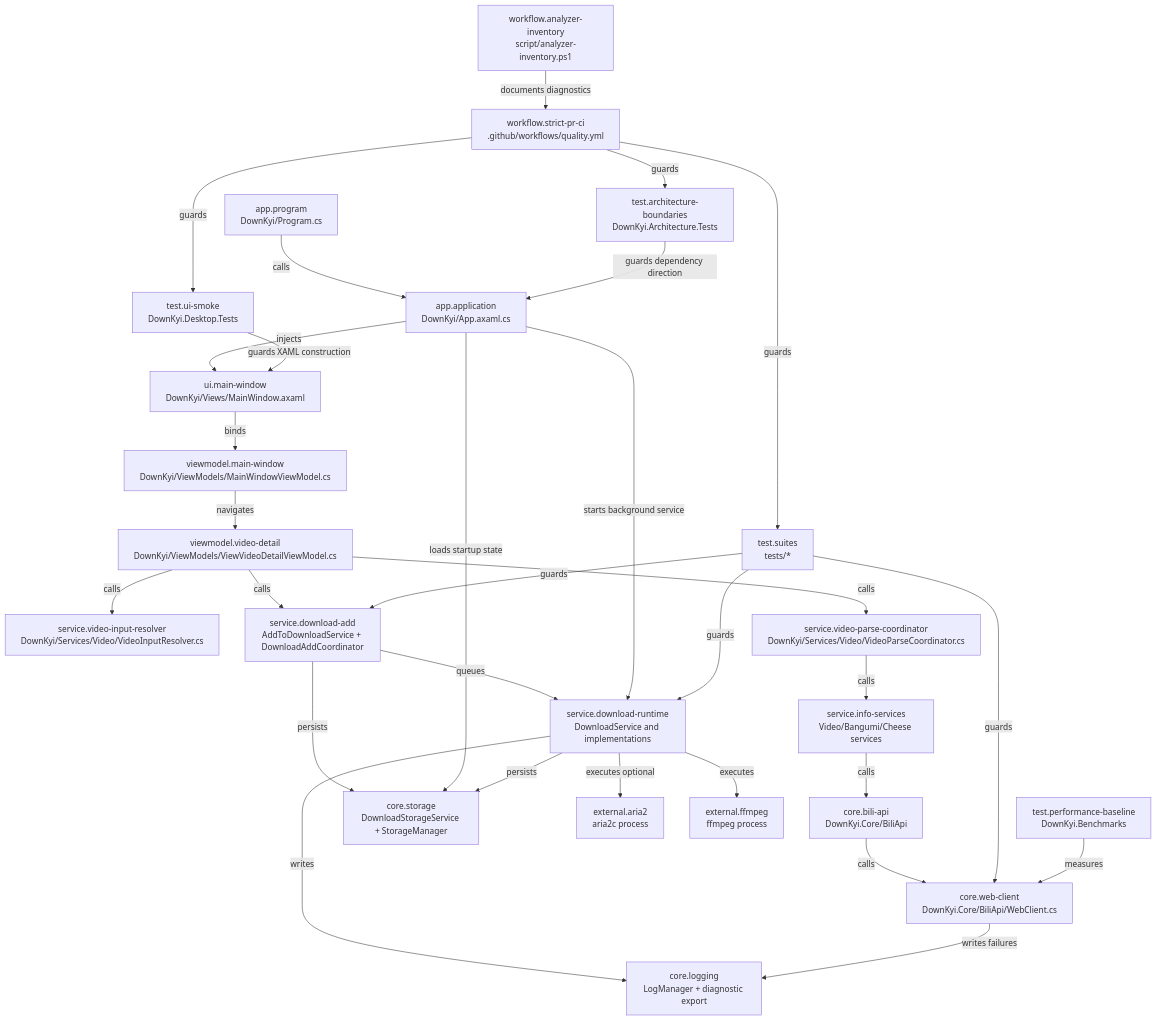
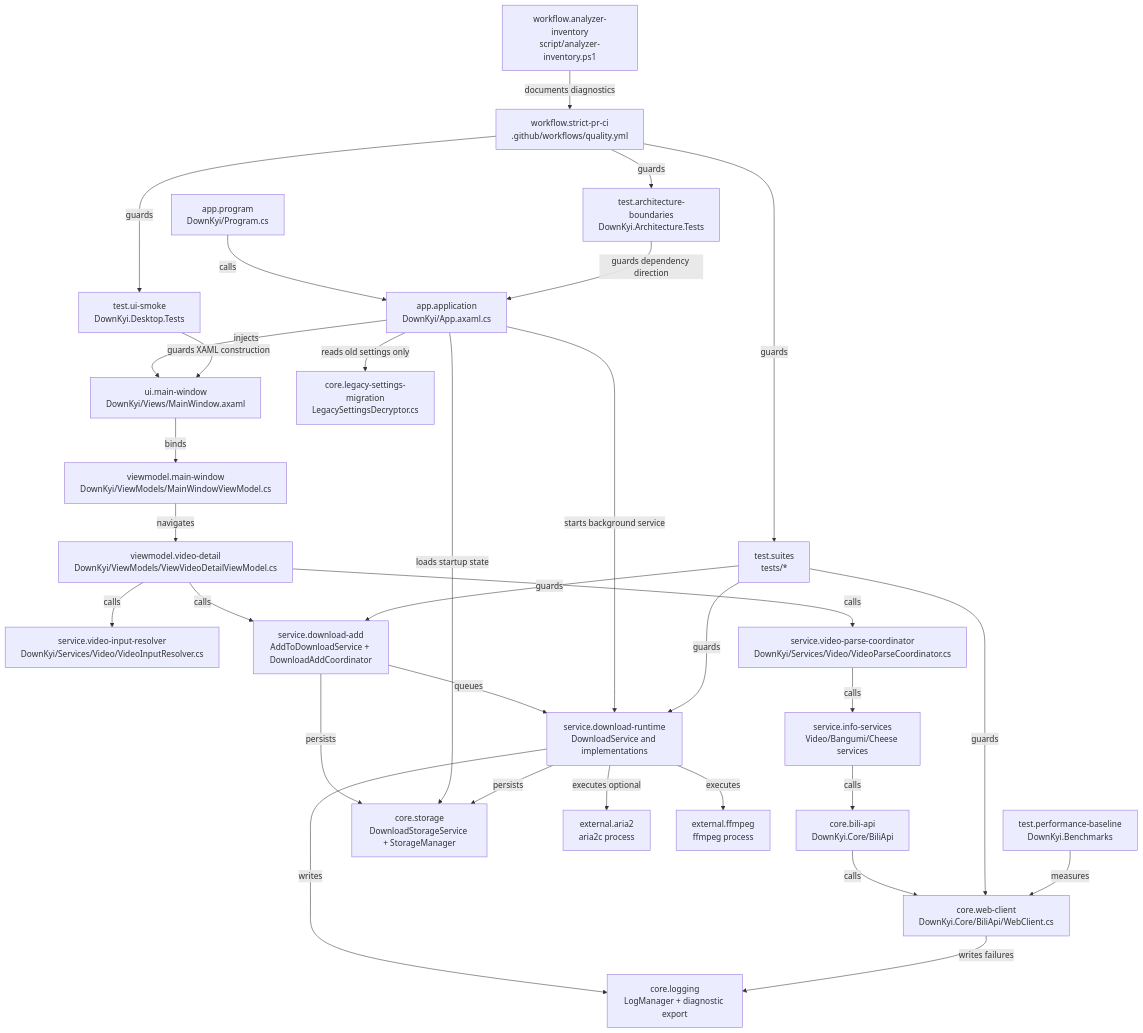
Before and after one commit to crazysmile-PhD/downkyicore: the first of 4 diagrams in docs/ai-knowledge-graph.md, drawn with Mermaid. The commit also changed other lines of this file and 21 other files, not shown here.

````diff
--- a/docs/ai-knowledge-graph.md
+++ b/docs/ai-knowledge-graph.md
@@ -63,55 +63,57 @@
 ```mermaid
 flowchart TD
     Program["app.program\nDownKyi/Program.cs"]
     App["app.application\nDownKyi/App.axaml.cs"]
     MainWindow["ui.main-window\nDownKyi/Views/MainWindow.axaml"]
     MainVm["viewmodel.main-window\nDownKyi/ViewModels/MainWindowViewModel.cs"]
     VideoVm["viewmodel.video-detail\nDownKyi/ViewModels/ViewVideoDetailViewModel.cs"]
     Resolver["service.video-input-resolver\nDownKyi/Services/Video/VideoInputResolver.cs"]
     Parser["service.video-parse-coordinator\nDownKyi/Services/Video/VideoParseCoordinator.cs"]
     InfoServices["service.info-services\nVideo/Bangumi/Cheese services"]
     BiliApi["core.bili-api\nDownKyi.Core/BiliApi"]
     WebClient["core.web-client\nDownKyi.Core/BiliApi/WebClient.cs"]
+    LegacySettings["core.legacy-settings-migration\nLegacySettingsDecryptor.cs"]
     DownloadAdd["service.download-add\nAddToDownloadService + DownloadAddCoordinator"]
     DownloadService["service.download-runtime\nDownloadService and implementations"]
     Storage["core.storage\nDownloadStorageService + StorageManager"]
     Aria["external.aria2\naria2c process"]
     FFmpeg["external.ffmpeg\nffmpeg process"]
     Logs["core.logging\nLogManager + diagnostic export"]
     Tests["test.suites\ntests/*"]
     ArchitectureTests["test.architecture-boundaries\nDownKyi.Architecture.Tests"]
     UiSmoke["test.ui-smoke\nDownKyi.Desktop.Tests"]
     Benchmarks["test.performance-baseline\nDownKyi.Benchmarks"]
     CI["workflow.strict-pr-ci\n.github/workflows/quality.yml"]
     AnalyzerInventory["workflow.analyzer-inventory\nscript/analyzer-inventory.ps1"]
 
     Program -->|calls| App
     App -->|injects| MainWindow
     MainWindow -->|binds| MainVm
     MainVm -->|navigates| VideoVm
     VideoVm -->|calls| Resolver
     VideoVm -->|calls| Parser
     Parser -->|calls| InfoServices
     InfoServices -->|calls| BiliApi
     BiliApi -->|calls| WebClient
+    App -->|reads old settings only| LegacySettings
     VideoVm -->|calls| DownloadAdd
     DownloadAdd -->|persists| Storage
     DownloadAdd -->|queues| DownloadService
     App -->|loads startup state| Storage
     App -->|starts background service| DownloadService
     DownloadService -->|persists| Storage
     DownloadService -->|executes optional| Aria
     DownloadService -->|executes| FFmpeg
     DownloadService -->|writes| Logs
     WebClient -->|writes failures| Logs
     Tests -->|guards| WebClient
     Tests -->|guards| DownloadAdd
     Tests -->|guards| DownloadService
     ArchitectureTests -->|guards dependency direction| App
     UiSmoke -->|guards XAML construction| MainWindow
     Benchmarks -->|measures| WebClient
     CI -->|guards| Tests
     CI -->|guards| ArchitectureTests
     CI -->|guards| UiSmoke
     AnalyzerInventory -->|documents diagnostics| CI
 ```
````
